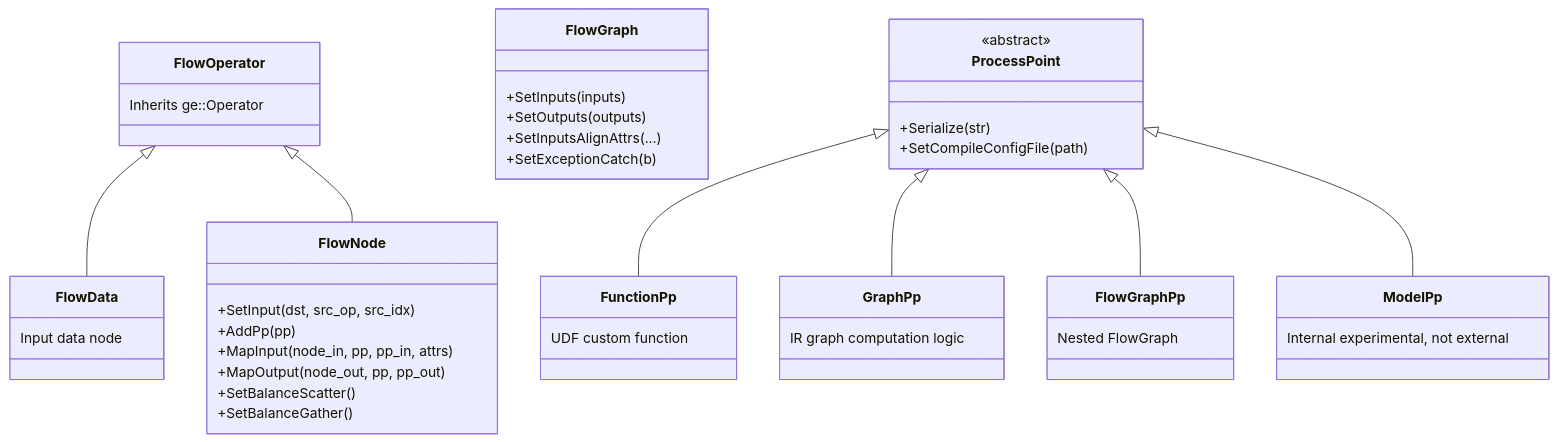
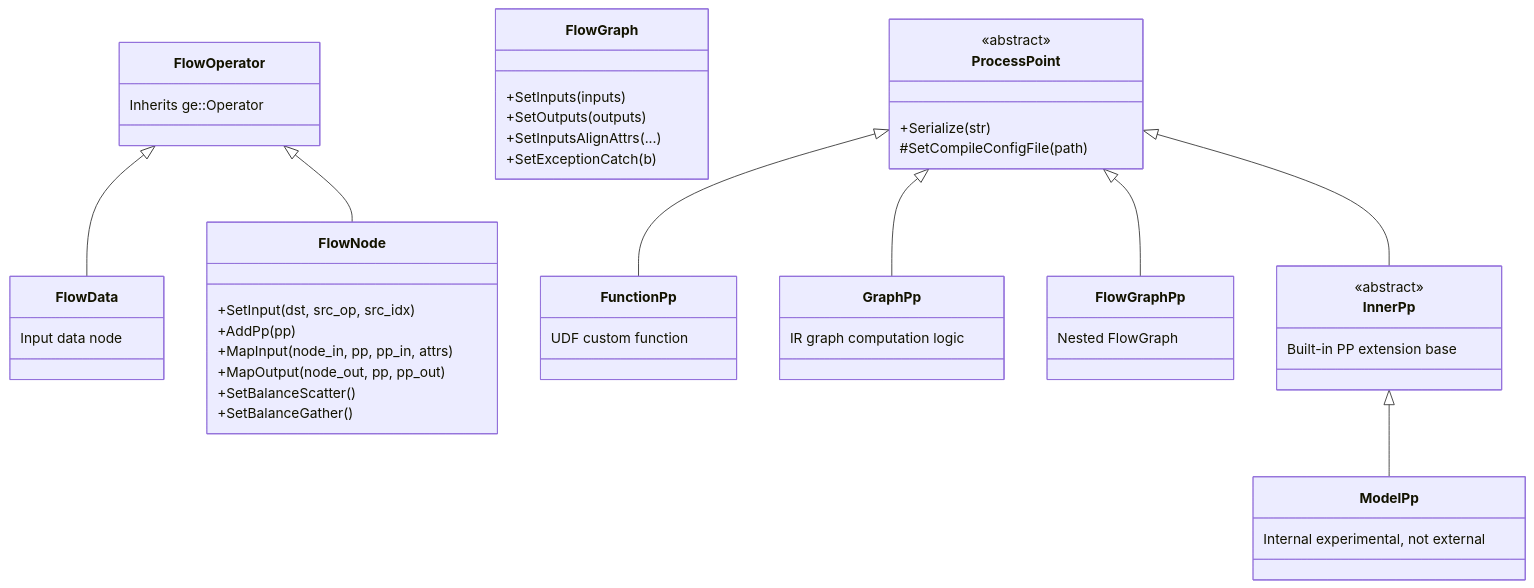
One commit to hicann/ge changed the second of 9 diagrams in docs/en/design/modules/dflow/dflow.md. Above: the diagram before and after it, drawn with Mermaid. The commit also changed other lines of this file and 3 other files, not shown here.

````diff
--- a/docs/en/design/modules/dflow/dflow.md
+++ b/docs/en/design/modules/dflow/dflow.md
@@ -135,37 +135,42 @@
 ```mermaid
 classDiagram
     class FlowOperator {
         Inherits ge::Operator
     }
     class FlowData { Input data node }
     class FlowNode {
         +SetInput(dst, src_op, src_idx)
         +AddPp(pp)
         +MapInput(node_in, pp, pp_in, attrs)
         +MapOutput(node_out, pp, pp_out)
         +SetBalanceScatter()
         +SetBalanceGather()
     }
     class FlowGraph {
         +SetInputs(inputs)
         +SetOutputs(outputs)
         +SetInputsAlignAttrs(...)
         +SetExceptionCatch(b)
     }
     class ProcessPoint {
         <<abstract>>
         +Serialize(str)
-        +SetCompileConfigFile(path)
+        #SetCompileConfigFile(path)
     }
     class FunctionPp { UDF custom function }
     class GraphPp { IR graph computation logic }
     class FlowGraphPp { Nested FlowGraph }
+    class InnerPp {
+        <<abstract>>
+        Built-in PP extension base
+    }
     class ModelPp { Internal experimental, not external }
 
     FlowOperator <|-- FlowData
     FlowOperator <|-- FlowNode
     ProcessPoint <|-- FunctionPp
     ProcessPoint <|-- GraphPp
     ProcessPoint <|-- FlowGraphPp
-    ProcessPoint <|-- ModelPp
+    ProcessPoint <|-- InnerPp
+    InnerPp <|-- ModelPp
 ```
````
